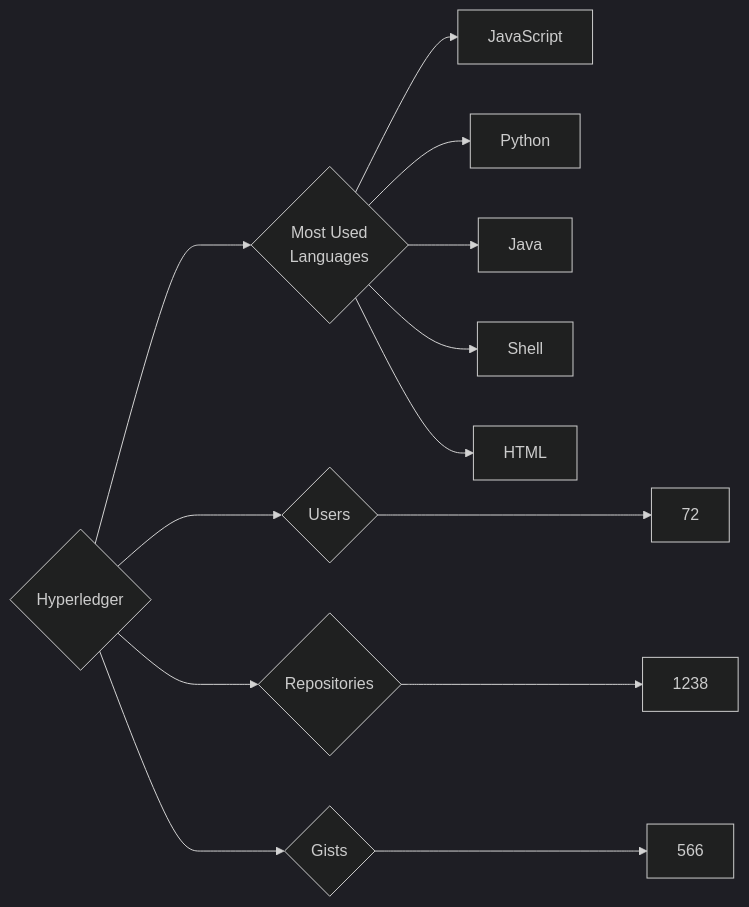
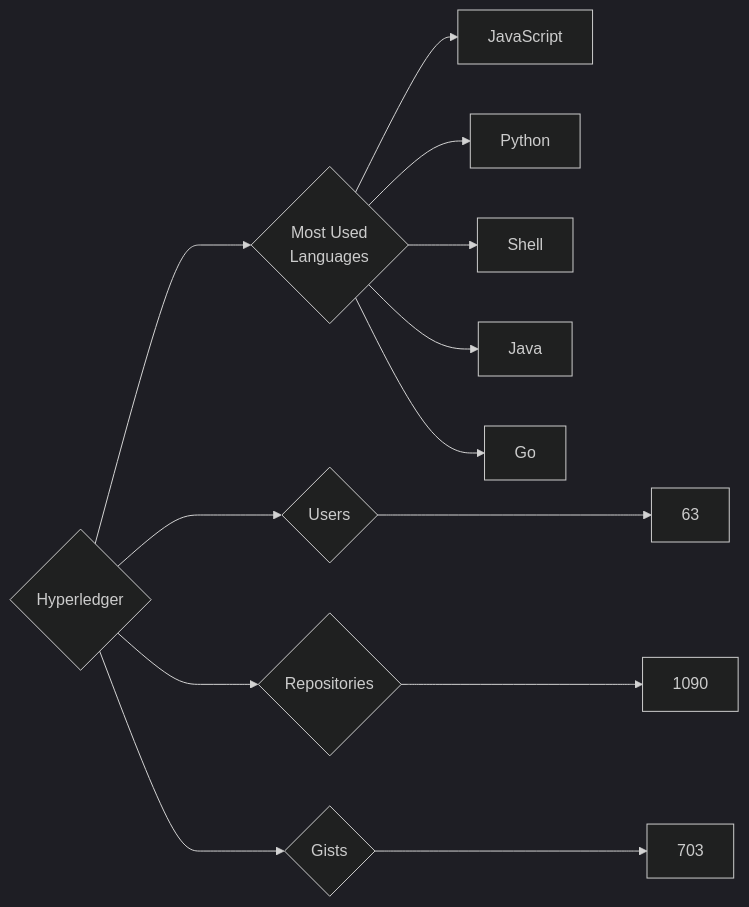
The diagram in targets/Hyperledger/README.md (trickest/insiders), drawn with Mermaid (dark theme) before and after one commit. The commit also changed 860 other files, not shown here.

````diff
--- a/targets/Hyperledger/README.md
+++ b/targets/Hyperledger/README.md
@@ -3,13 +3,13 @@
 ```mermaid
 graph LR
 COMPANY_NAME{Hyperledger}
-COMPANY_NAME ---> U{Users} ---> UN[72]
-COMPANY_NAME ---> R{Repositories} ---> RN[1238]
-COMPANY_NAME ---> G{Gists} ---> GN[566]
+COMPANY_NAME ---> U{Users} ---> UN[63]
+COMPANY_NAME ---> R{Repositories} ---> RN[1090]
+COMPANY_NAME ---> G{Gists} ---> GN[703]
 COMPANY_NAME ---> ML{Most Used<br>Languages}
 ML --> JavaScript[JavaScript]
 ML --> Python[Python]
+ML --> Shell[Shell]
 ML --> Java[Java]
-ML --> Shell[Shell]
-ML --> HTML[HTML]
+ML --> Go[Go]
 ```
````
